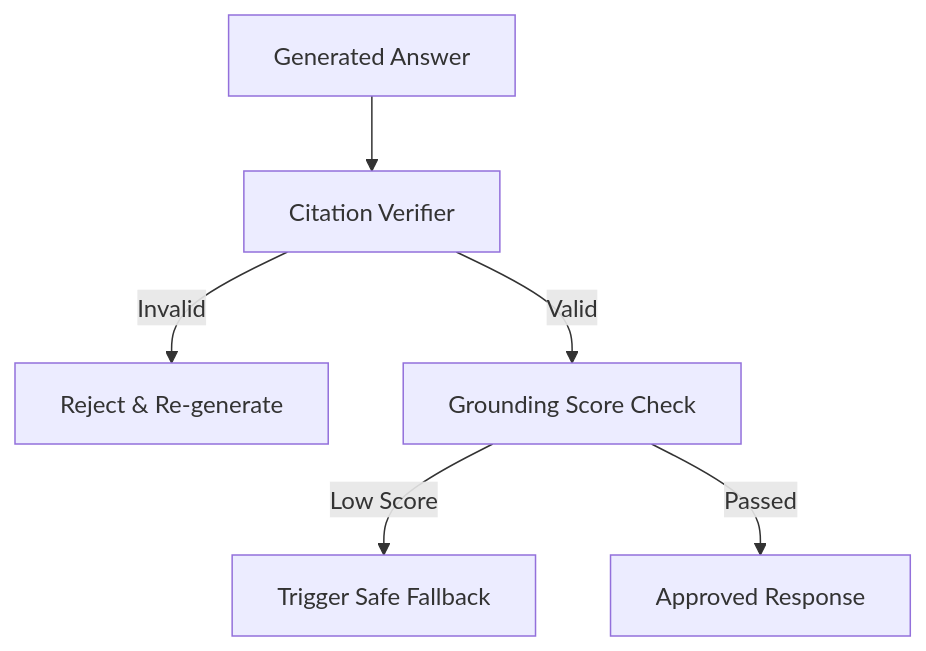
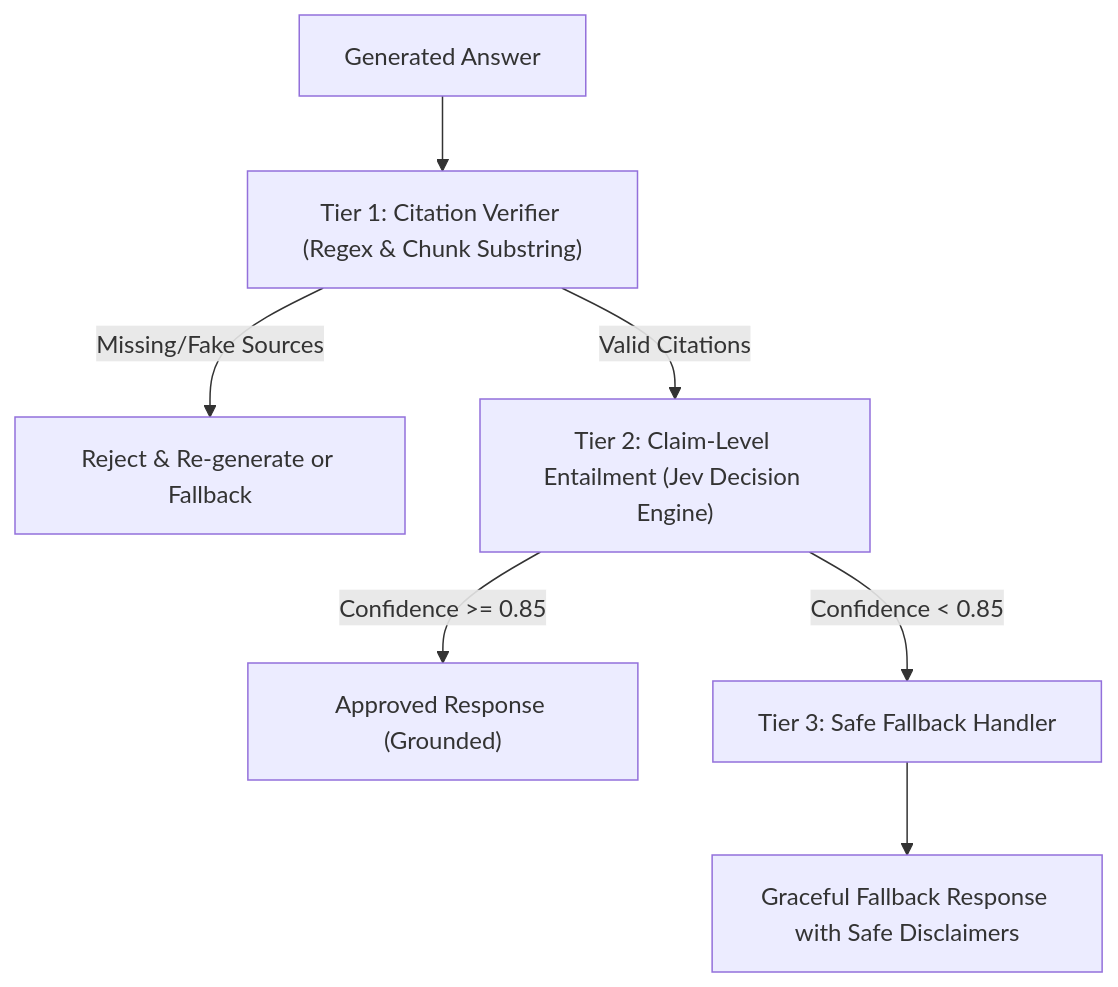
One commit to Souheil007/Rag_Full_Version changed the diagram in plans/plan3.md. Above: the diagram before and after it, drawn with Mermaid. The commit also changed other lines of this file and 11 other files, not shown here.

Commit message:
feat(guardrails): implement Plan 3 with Jev entailment, citation verifier, and fallback engine

````diff
--- a/plans/plan3.md
+++ b/plans/plan3.md
@@ -10,8 +25,9 @@
 ```mermaid
 flowchart TD
-    Ans["Generated Answer"] --> CV["Citation Verifier"]
-    CV -->|"Invalid"| RF["Reject & Re-generate"]
-    CV -->|"Valid"| CS["Grounding Score Check"]
-    CS -->|"Low Score"| FB["Trigger Safe Fallback"]
-    CS -->|"Passed"| OK["Approved Response"]
+    Ans["Generated Answer"] --> T1["Tier 1: Citation Verifier (Regex & Chunk Substring)"]
+    T1 -->|"Missing/Fake Sources"| RF["Reject & Re-generate or Fallback"]
+    T1 -->|"Valid Citations"| T2["Tier 2: Claim-Level Entailment (Jev Decision Engine)"]
+    T2 -->|"Confidence >= 0.85"| OK["Approved Response (Grounded)"]
+    T2 -->|"Confidence < 0.85"| FB["Tier 3: Safe Fallback Handler"]
+    FB --> FB_Out["Graceful Fallback Response with Safe Disclaimers"]
 ```
````
